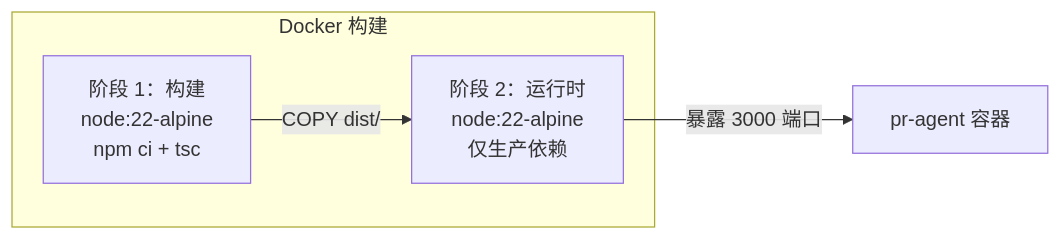
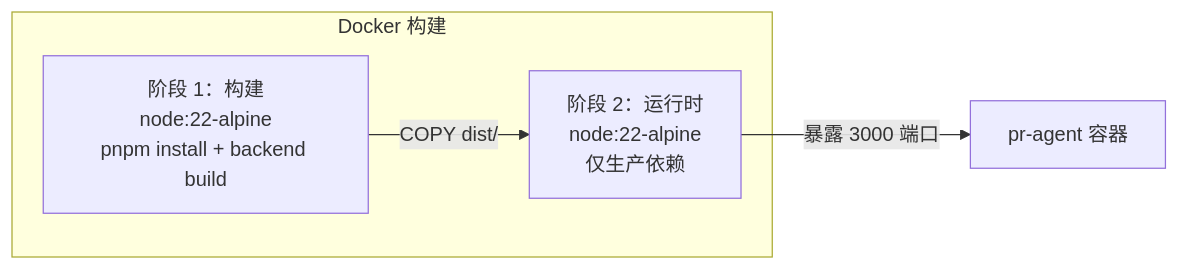
One commit to condevtools/pr-agent changed the seventh of 8 diagrams in README-zh.md. Above: the diagram before and after it, drawn with Mermaid. The commit also changed other lines of this file and 82 other files, not shown here.

````diff
--- a/README-zh.md
+++ b/README-zh.md
@@ -678,9 +633,9 @@
 ```mermaid
 graph LR
     subgraph Docker 构建
-        B1[阶段 1：构建<br/>node:22-alpine<br/>npm ci + tsc]
+        B1[阶段 1：构建<br/>node:22-alpine<br/>pnpm install + backend build]
         B2[阶段 2：运行时<br/>node:22-alpine<br/>仅生产依赖]
         B1 -->|COPY dist/| B2
     end
     B2 -->|暴露 3000 端口| SRV[pr-agent 容器]
 ```
````
